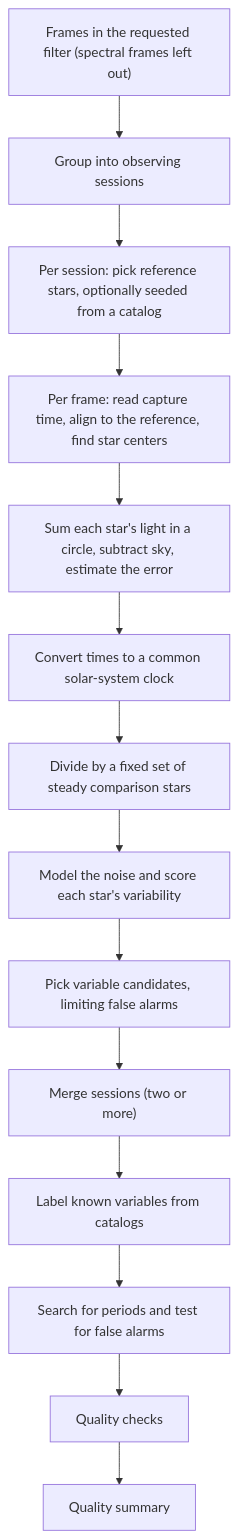
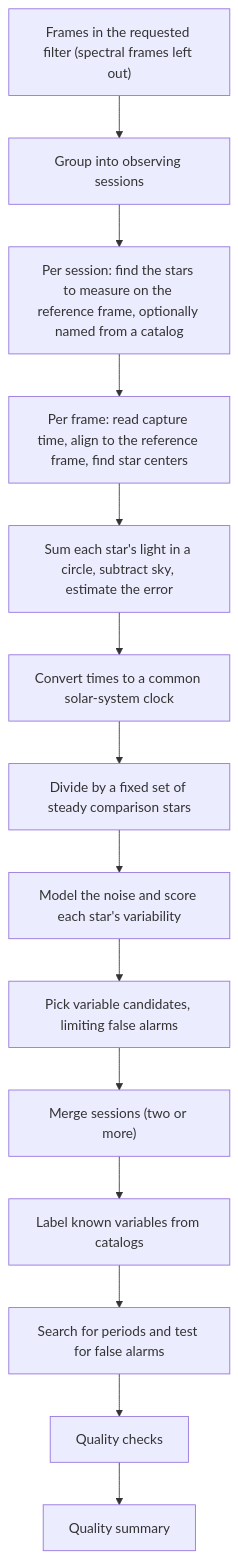
Before and after one commit to m1chae2/astrometrics: the diagram in documentation/library_design/pipelines/photometry.md, drawn with Mermaid. The commit also changed other lines of this file and 51 other files, not shown here.

````diff
--- a/documentation/library_design/pipelines/photometry.md
+++ b/documentation/library_design/pipelines/photometry.md
@@ -43,16 +48,16 @@
 ```mermaid
 flowchart TD
     A["Frames in the requested filter (spectral frames left out)"] --> B["Group into observing sessions"]
-    B --> C["Per session: pick reference stars, optionally seeded from a catalog"]
-    C --> D["Per frame: read capture time, align to the reference, find star centers"]
+    B --> C["Per session: find the stars to measure on the reference frame, optionally named from a catalog"]
+    C --> D["Per frame: read capture time, align to the reference frame, find star centers"]
     D --> E["Sum each star's light in a circle, subtract sky, estimate the error"]
     E --> F["Convert times to a common solar-system clock"]
     F --> G["Divide by a fixed set of steady comparison stars"]
     G --> H["Model the noise and score each star's variability"]
     H --> I["Pick variable candidates, limiting false alarms"]
     I --> J["Merge sessions (two or more)"]
     J --> K["Label known variables from catalogs"]
     K --> L["Search for periods and test for false alarms"]
     L --> M["Quality checks"]
     M --> N["Quality summary"]
 ```
````
